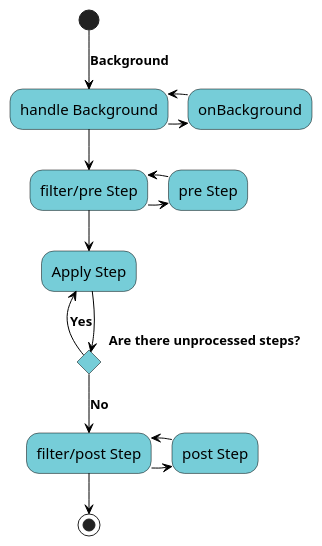
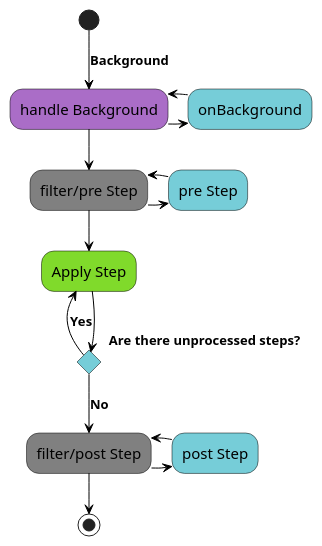
The diagram in src/data/background.puml (gherking/gherking-docs), drawn with PlantUML before and after one commit. The commit also changed 10 other files, not shown here.

Commit message:
plantuml visualization of the precompiler

```diff
--- a/src/data/background.puml
+++ b/src/data/background.puml
@@ -1,26 +1,29 @@
 @startuml
 skinparam activity {
 BackgroundColor #76CDD8
+BackgroundColor<<apply>> #80DA2B
+BackgroundColor<<filter>> #808080
+BackgroundColor<<handle>> #AA6DC7
 ArrowColor black
 ArrowFontSize 13
 ArrowFontStyle bold
 ArrowFontName Segoe UI
 BorderColor black
 FontName Segoe UI
 FontSize 15
 }
-(*) -->[Background] "handle Background"
+(*) -->[Background] "handle Background"<<handle>>
 -right-> "onBackground"
 -left-> "handle Background"
 --> "filter/pre Step"
 -right-> "pre Step"
--left-> "filter/pre Step"
+-left-> "filter/pre Step"<<filter>>
 --> "Apply Step"
 If "Are there unprocessed steps?"
--left-> [Yes] "Apply Step"
+-left-> [Yes] "Apply Step"<<apply>>
 else
 --> [No] "filter/post Step"
 -right-> "post Step"
--left-> "filter/post Step"
+-left-> "filter/post Step"<<filter>>
 --> (*)
 @enduml
```
